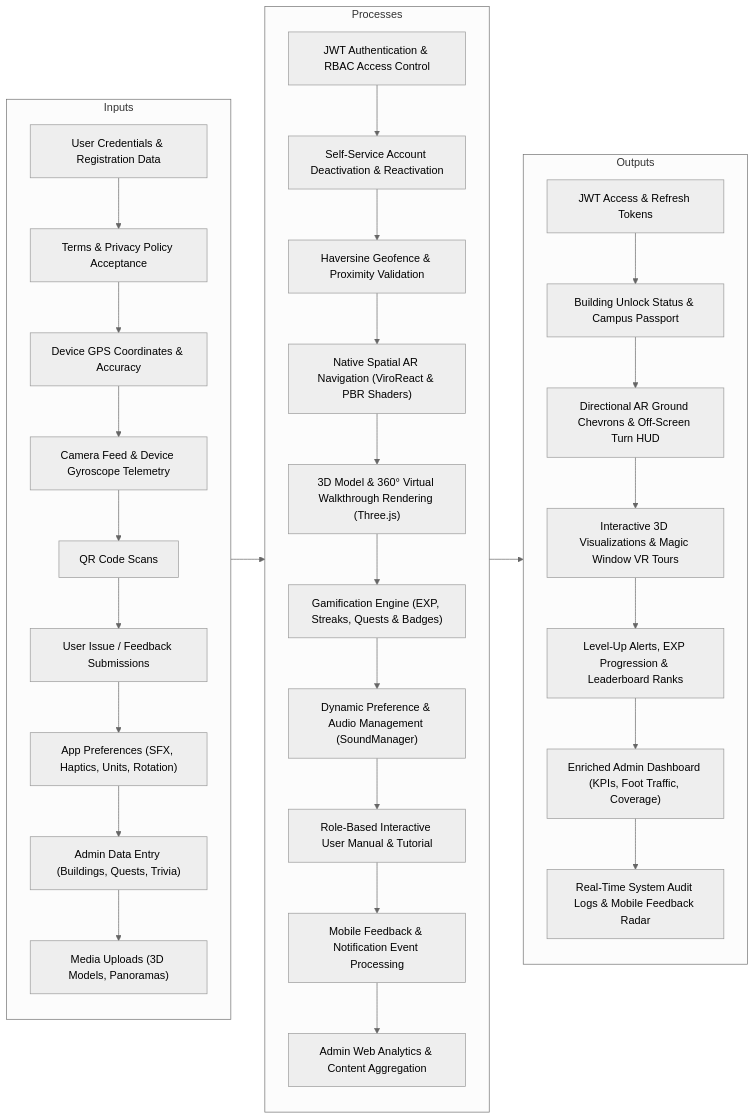
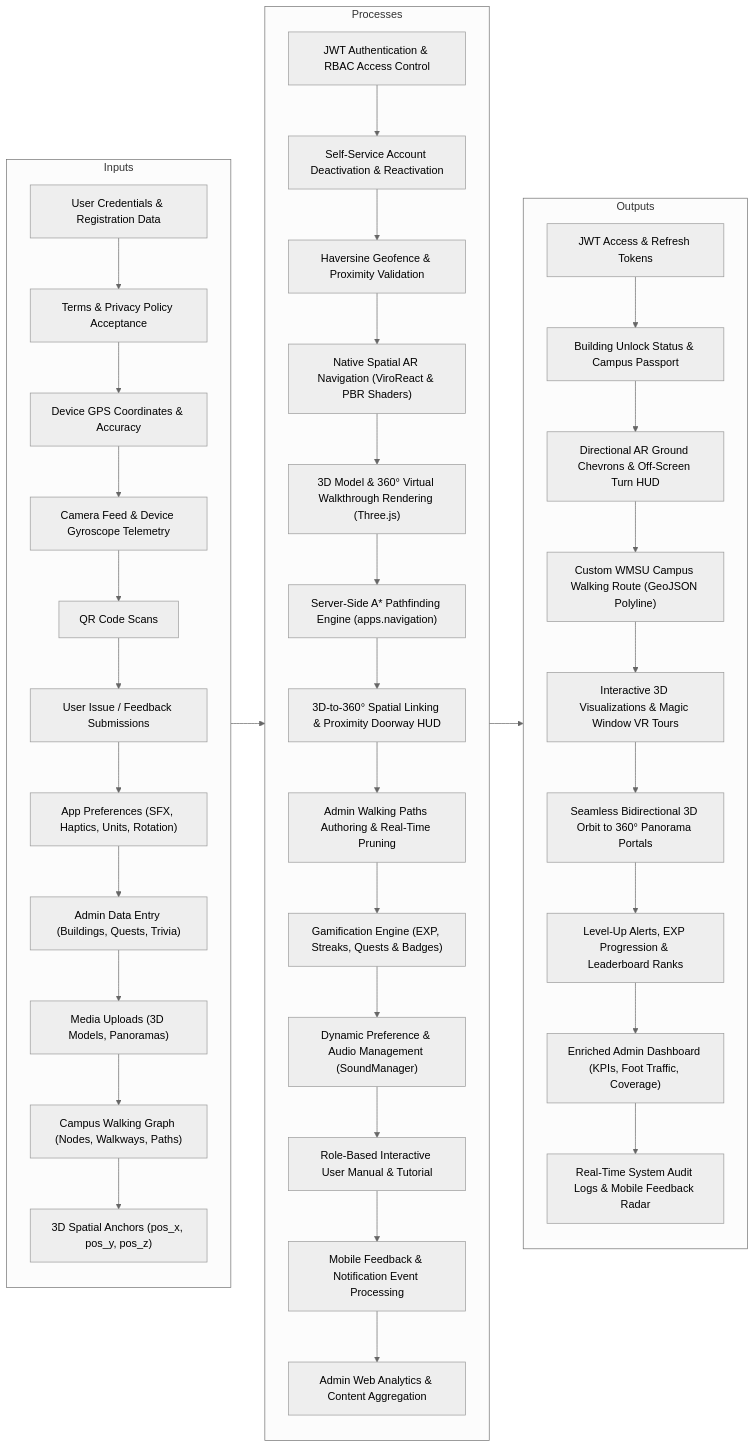
One commit to Cipher-Syntax/ARQuest changed the diagram in conceptual-framework.md. Above: the diagram before and after it, drawn with Mermaid (neutral theme). The commit also changed other lines of this file and 8 other files, not shown here.

Commit message:
docs: update system architecture, diagrams, and models for units 30 and 31

````diff
--- a/conceptual-framework.md
+++ b/conceptual-framework.md
@@ -9,43 +9,50 @@
 ```mermaid
 flowchart LR
     subgraph INPUT ["Inputs"]
         I1["User Credentials & Registration Data"]
         I2["Terms & Privacy Policy Acceptance"]
         I3["Device GPS Coordinates & Accuracy"]
         I4["Camera Feed & Device Gyroscope Telemetry"]
         I5["QR Code Scans"]
         I6["User Issue / Feedback Submissions"]
         I7["App Preferences (SFX, Haptics, Units, Rotation)"]
         I8["Admin Data Entry (Buildings, Quests, Trivia)"]
         I9["Media Uploads (3D Models, Panoramas)"]
-        I1 --> I2 --> I3 --> I4 --> I5 --> I6 --> I7 --> I8 --> I9
+        I10["Campus Walking Graph (Nodes, Walkways, Paths)"]
+        I11["3D Spatial Anchors (pos_x, pos_y, pos_z)"]
+        I1 --> I2 --> I3 --> I4 --> I5 --> I6 --> I7 --> I8 --> I9 --> I10 --> I11
     end
 
     subgraph PROCESS ["Processes"]
         P1["JWT Authentication & RBAC Access Control"]
         P2["Self-Service Account Deactivation & Reactivation"]
         P3["Haversine Geofence & Proximity Validation"]
         P4["Native Spatial AR Navigation (ViroReact & PBR Shaders)"]
         P5["3D Model & 360° Virtual Walkthrough Rendering (Three.js)"]
-        P6["Gamification Engine (EXP, Streaks, Quests & Badges)"]
-        P7["Dynamic Preference & Audio Management (SoundManager)"]
-        P8["Role-Based Interactive User Manual & Tutorial"]
-        P9["Mobile Feedback & Notification Event Processing"]
-        P10["Admin Web Analytics & Content Aggregation"]
-        P1 --> P2 --> P3 --> P4 --> P5 --> P6 --> P7 --> P8 --> P9 --> P10
+        P6["Server-Side A* Pathfinding Engine (apps.navigation)"]
+        P7["3D-to-360° Spatial Linking & Proximity Doorway HUD"]
+        P8["Admin Walking Paths Authoring & Real-Time Pruning"]
+        P9["Gamification Engine (EXP, Streaks, Quests & Badges)"]
+        P10["Dynamic Preference & Audio Management (SoundManager)"]
+        P11["Role-Based Interactive User Manual & Tutorial"]
+        P12["Mobile Feedback & Notification Event Processing"]
+        P13["Admin Web Analytics & Content Aggregation"]
+        P1 --> P2 --> P3 --> P4 --> P5 --> P6 --> P7 --> P8 --> P9 --> P10 --> P11 --> P12 --> P13
     end
 
     subgraph OUTPUT ["Outputs"]
         O1["JWT Access & Refresh Tokens"]
         O2["Building Unlock Status & Campus Passport"]
         O3["Directional AR Ground Chevrons & Off-Screen Turn HUD"]
-        O4["Interactive 3D Visualizations & Magic Window VR Tours"]
-        O5["Level-Up Alerts, EXP Progression & Leaderboard Ranks"]
-        O6["Enriched Admin Dashboard (KPIs, Foot Traffic, Coverage)"]
-        O7["Real-Time System Audit Logs & Mobile Feedback Radar"]
-        O1 --> O2 --> O3 --> O4 --> O5 --> O6 --> O7
+        O4["Custom WMSU Campus Walking Route (GeoJSON Polyline)"]
+        O5["Interactive 3D Visualizations & Magic Window VR Tours"]
+        O6["Seamless Bidirectional 3D Orbit to 360° Panorama Portals"]
+        O7["Level-Up Alerts, EXP Progression & Leaderboard Ranks"]
+        O8["Enriched Admin Dashboard (KPIs, Foot Traffic, Coverage)"]
+        O9["Real-Time System Audit Logs & Mobile Feedback Radar"]
+        O1 --> O2 --> O3 --> O4 --> O5 --> O6 --> O7 --> O8 --> O9
     end
 
     INPUT --> PROCESS
     PROCESS --> OUTPUT
 ```
````
